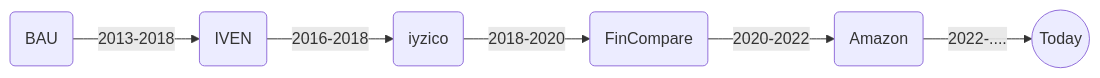
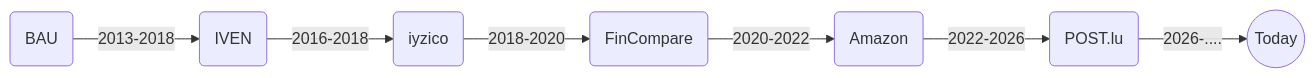
The diagram in readme.md (spacelatte/spacelatte), drawn with Mermaid before and after one commit.

Commit message:
Add POST.lu to history flowchart

````diff
--- a/readme.md
+++ b/readme.md
@@ -17,8 +17,9 @@
 ```mermaid
 flowchart LR
-  amzn(Amazon)   -- 2022-.... --> today((Today))
+  post(POST.lu)  -- 2026-....  --> today((Today))
+  amzn(Amazon)   -- 2022-2026  --> post(POST.lu)
   fc(FinCompare) -- 2020-2022  --> amzn(Amazon)
   iyz(iyzico)    -- 2018-2020  --> fc(FinCompare)
   iven(IVEN)     -- 2016-2018  --> iyz(iyzico)  
   bau(BAU)       -- 2013-2018  --> iven(IVEN)
 ```
````
